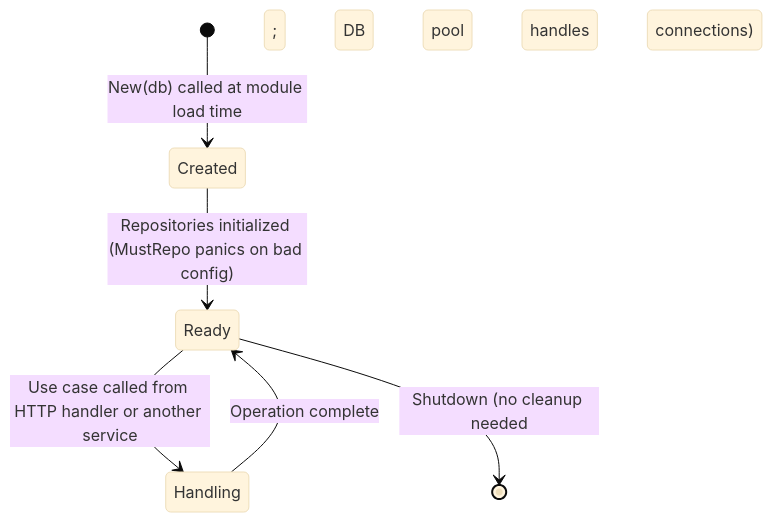
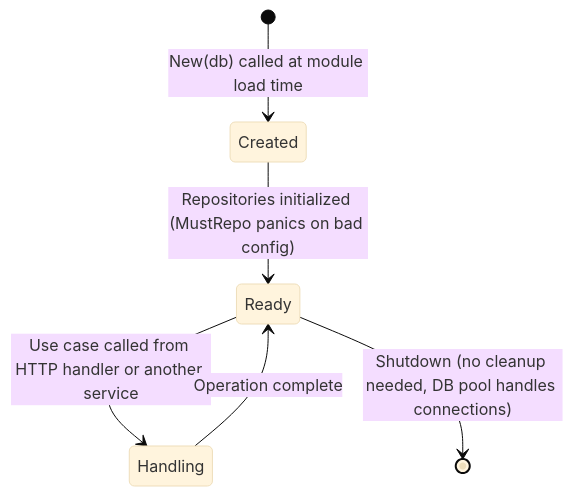
One commit to noiia/EERP-Documentation-Wiki changed the first of 2 diagrams in docs/core/services.md. Above: the diagram before and after it, drawn with Mermaid (base theme). The commit also changed other lines of this file and 38 other files, not shown here.

````diff
--- a/docs/core/services.md
+++ b/docs/core/services.md
@@ -156,8 +156,8 @@
 ```mermaid
 stateDiagram-v2
     [*] --> Created: New(db) called at module load time
     Created --> Ready: Repositories initialized (MustRepo panics on bad config)
     Ready --> Handling: Use case called from HTTP handler or another service
     Handling --> Ready: Operation complete
-    Ready --> [*]: Shutdown (no cleanup needed; DB pool handles connections)
+    Ready --> [*]: Shutdown (no cleanup needed, DB pool handles connections)
 ```
````
